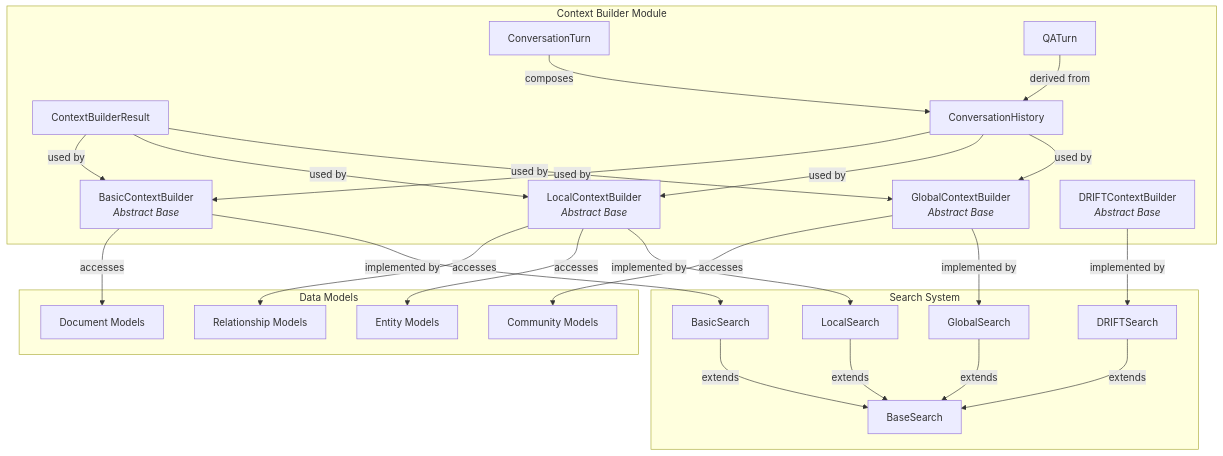
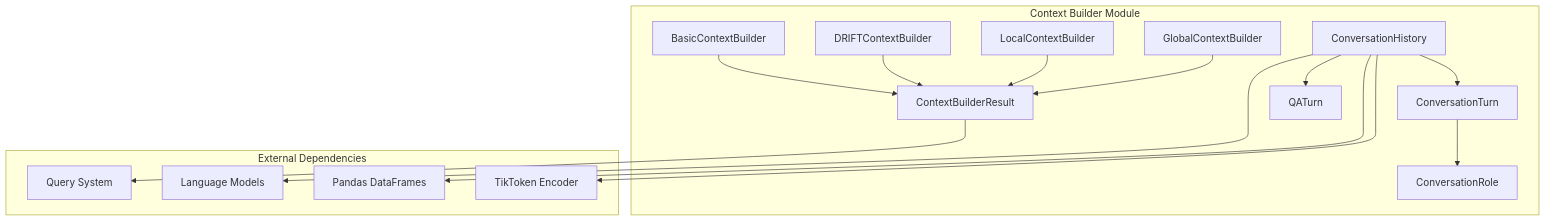
The first of 5 diagrams in docs/microsoft--graphrag-docs/context_builder.md (FSoft-AI4Code/codewiki-demo), drawn with Mermaid before and after one commit. The commit also changed other lines of this file and 1103 other files, not shown here.

````diff
--- a/docs/microsoft--graphrag-docs/context_builder.md
+++ b/docs/microsoft--graphrag-docs/context_builder.md
@@ -13,54 +15,35 @@
 ```mermaid
 graph TB
     subgraph "Context Builder Module"
         CB[ContextBuilderResult]
-        GCB[GlobalContextBuilder<br/><i>Abstract Base</i>]
-        LCB[LocalContextBuilder<br/><i>Abstract Base</i>]
-        BCB[BasicContextBuilder<br/><i>Abstract Base</i>]
-        DCB[DRIFTContextBuilder<br/><i>Abstract Base</i>]
+        GCB[GlobalContextBuilder]
+        LCB[LocalContextBuilder]
+        DCB[DRIFTContextBuilder]
+        BCB[BasicContextBuilder]
         CH[ConversationHistory]
         CT[ConversationTurn]
         QAT[QATurn]
+        CR[ConversationRole]
     end
     
-    subgraph "Search System"
-        BS[BaseSearch]
-        LS[LocalSearch]
-        GS[GlobalSearch]
-        BS2[BasicSearch]
-        DS[DRIFTSearch]
+    subgraph "External Dependencies"
+        QS[Query System]
+        LM[Language Models]
+        PD[Pandas DataFrames]
+        TE[TikToken Encoder]
     end
     
-    subgraph "Data Models"
-        CM[Community Models]
-        EM[Entity Models]
-        RM[Relationship Models]
-        DM[Document Models]
-    end
+    GCB --> CB
+    LCB --> CB
+    DCB --> CB
+    BCB --> CB
     
-    CB -->|used by| GCB
-    CB -->|used by| LCB
-    CB -->|used by| BCB
+    CH --> CT
+    CH --> QAT
+    CT --> CR
     
-    GCB -->|implemented by| GS
-    LCB -->|implemented by| LS
-    BCB -->|implemented by| BS2
-    DCB -->|implemented by| DS
-    
-    CH -->|used by| GCB
-    CH -->|used by| LCB
-    CH -->|used by| BCB
-    
-    CT -->|composes| CH
-    QAT -->|derived from| CH
-    
-    LS -->|extends| BS
-    GS -->|extends| BS
-    BS2 -->|extends| BS
-    DS -->|extends| BS
-    
-    GCB -->|accesses| CM
-    LCB -->|accesses| EM
-    LCB -->|accesses| RM
-    BCB -->|accesses| DM
+    CB --> QS
+    CH --> LM
+    CH --> PD
+    CH --> TE
 ```
````
